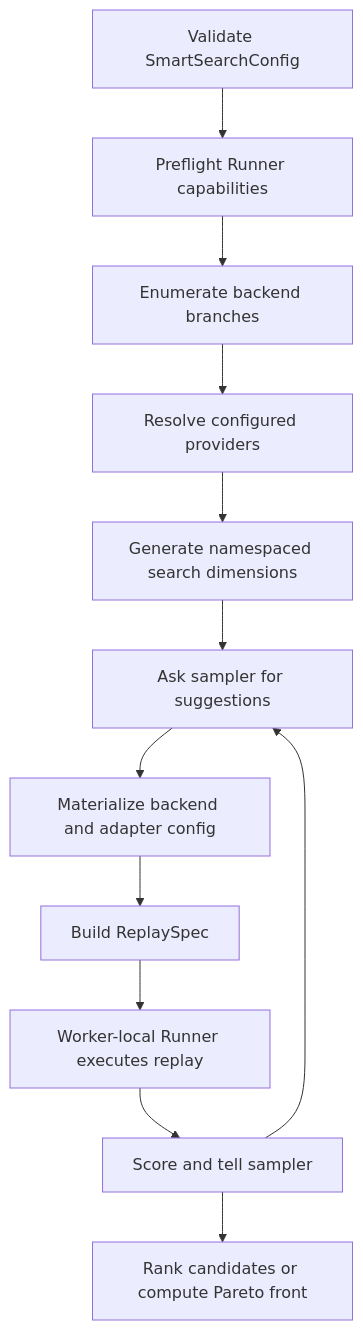
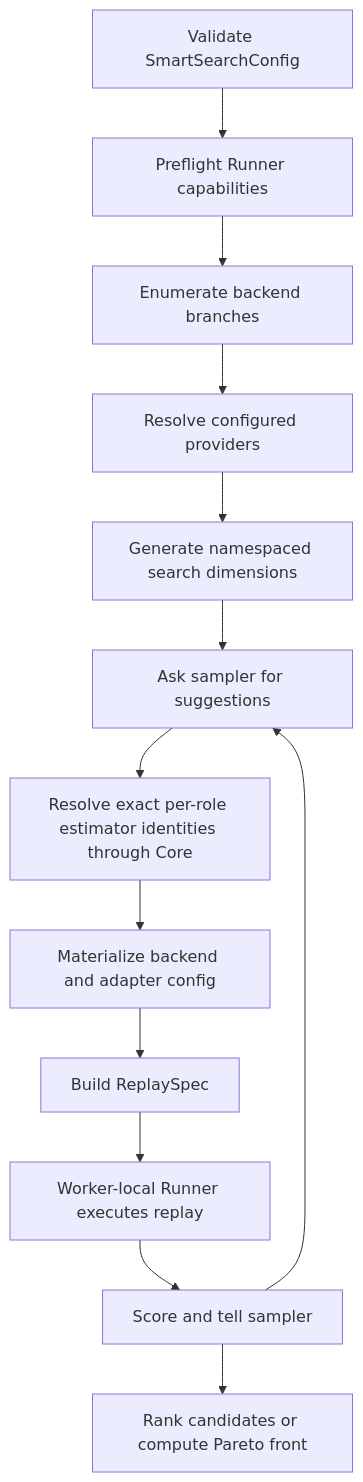
The diagram in docs/sweeper/architecture.md (carlory/aisimulate), drawn with Mermaid before and after one commit. The commit also changed 72 other files, not shown here.

````diff
--- a/docs/sweeper/architecture.md
+++ b/docs/sweeper/architecture.md
@@ -59,14 +59,15 @@
 ```mermaid
 flowchart TD
     A["Validate SmartSearchConfig"] --> B["Preflight Runner capabilities"]
     B --> C["Enumerate backend branches"]
     C --> D["Resolve configured providers"]
     D --> E["Generate namespaced search dimensions"]
     E --> F["Ask sampler for suggestions"]
-    F --> G["Materialize backend and adapter config"]
+    F --> R["Resolve exact per-role estimator identities through Core"]
+    R --> G["Materialize backend and adapter config"]
     G --> H["Build ReplaySpec"]
     H --> I["Worker-local Runner executes replay"]
     I --> J["Score and tell sampler"]
     J --> F
     J --> K["Rank candidates or compute Pareto front"]
 ```
````
